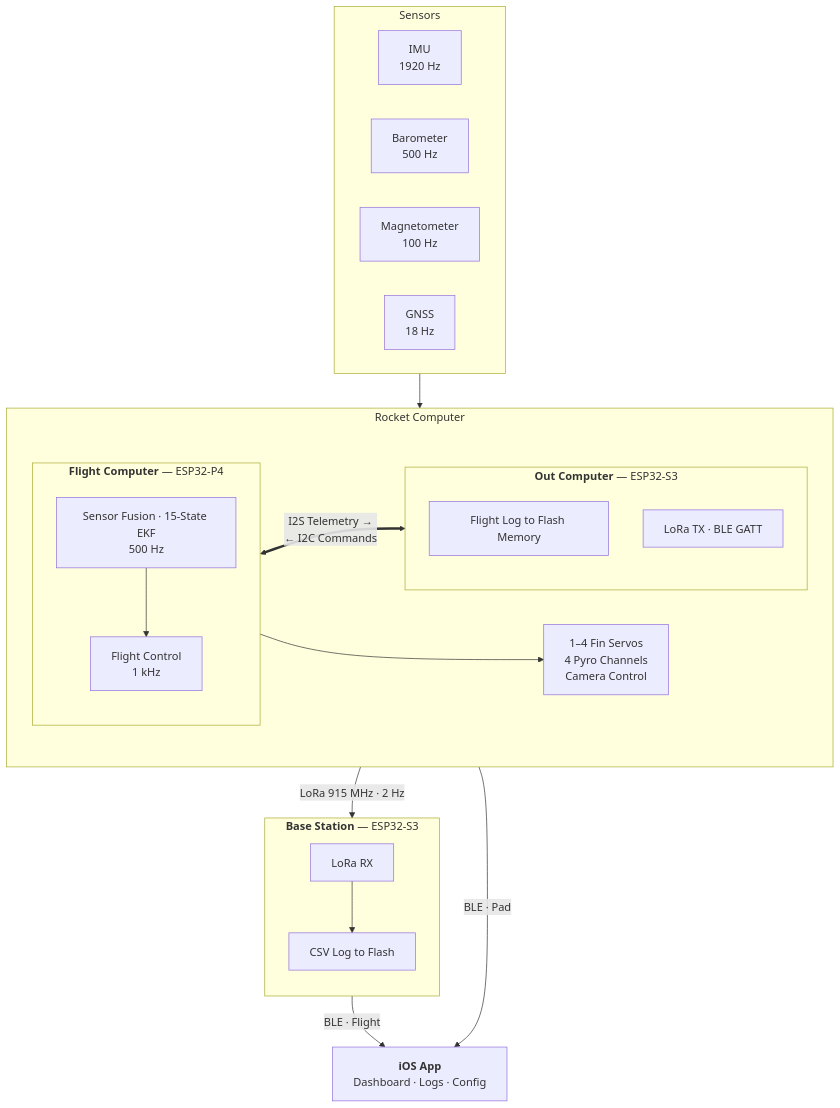
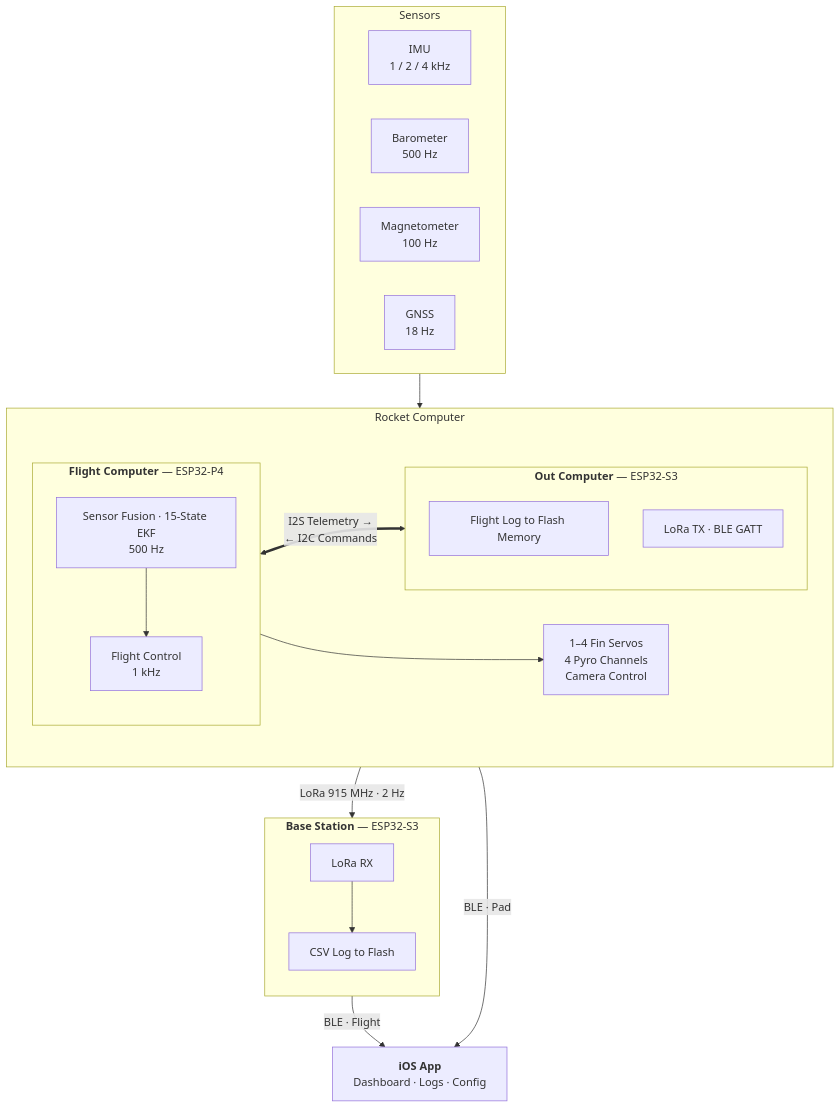
The diagram in README.md (Tinkerbug-Robotics/TinkerRocket), drawn with Mermaid before and after one commit.

Commit message:
docs: show the IMU's selectable rates in the diagram, not just the default
"1920 Hz" was precise but hid the fact that the rate is configurable -- a
reader would take it as fixed. "1 / 2 / 4 kHz" gives the choice at a glance,
which is the right level for a system diagram.

The exact ODRs stay where precision belongs: the Sensors table lists
960 / 1920 / 3840 Hz, and the prose under it maps the nominal figures onto
them, so nothing is lost.

````diff
--- a/README.md
+++ b/README.md
@@ -39,42 +39,42 @@
 ```mermaid
 flowchart TB
     subgraph SENSORS["Sensors"]
         direction LR
-        S1["IMU<br/>1920 Hz"]
+        S1["IMU<br/>1 / 2 / 4 kHz"]
         S2["Barometer<br/>500 Hz"]
         S3["Magnetometer<br/>100 Hz"]
         S4["GNSS<br/>18 Hz"]
     end
 
     subgraph ROCKET["Rocket Computer"]
         direction LR
         subgraph FC["<b>Flight Computer</b> — ESP32-P4"]
             direction TB
             EKF["Sensor Fusion · 15-State EKF<br/>500 Hz"]
             CTRL["Flight Control<br/>1 kHz"]
             EKF --> CTRL
         end
         OUT["1–4 Fin Servos<br/>4 Pyro Channels<br/>Camera Control"]
         subgraph OC["<b>Out Computer</b> — ESP32-S3"]
             direction TB
             LOG["Flight Log to Flash Memory"]
             RAD["LoRa TX · BLE GATT"]
         end
         CTRL --> OUT
         FC <==>|"I2S Telemetry &rarr;<br/>&larr; I2C Commands"| OC
     end
 
     subgraph BS["<b>Base Station</b> — ESP32-S3"]
         direction TB
         RX["LoRa RX"]
         BSLOG["CSV Log to Flash"]
         RX --> BSLOG
     end
 
     APP["<b>iOS App</b><br/>Dashboard · Logs · Config"]
 
     SENSORS --> FC
     RAD -->|"LoRa 915 MHz · 2 Hz"| RX
     RAD -->|"BLE · Pad"| APP
     RX -->|"BLE · Flight"| APP
 ```
````
